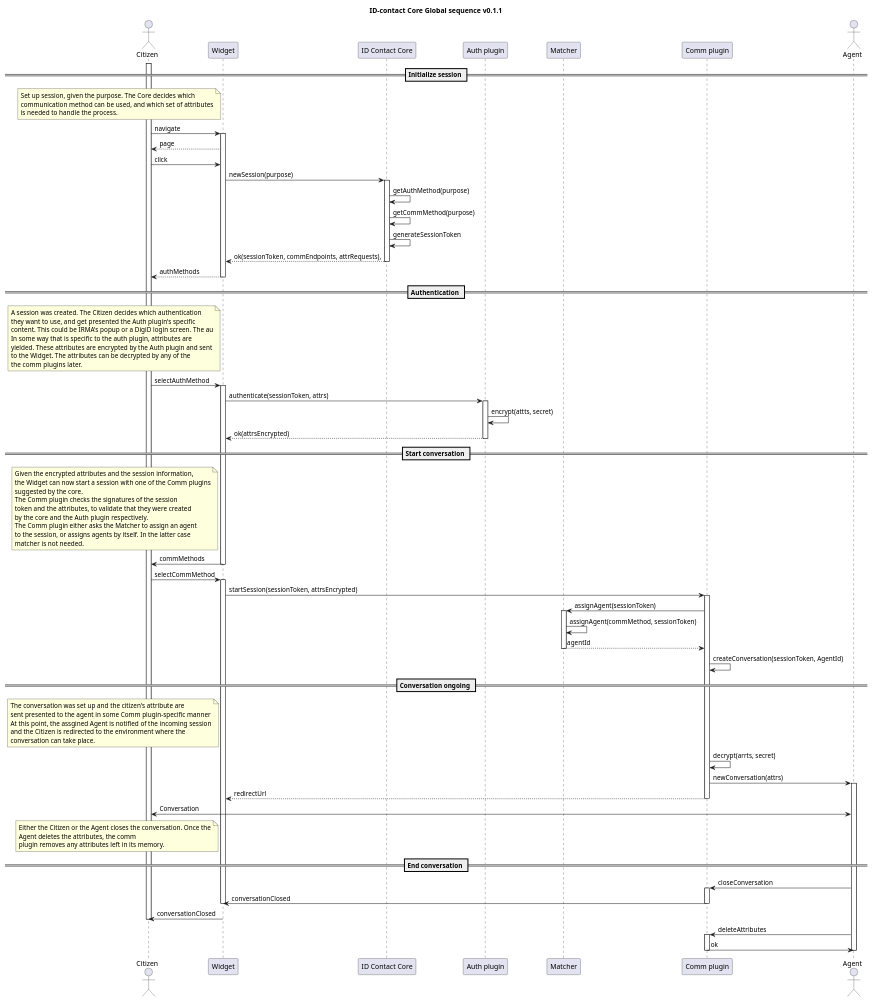
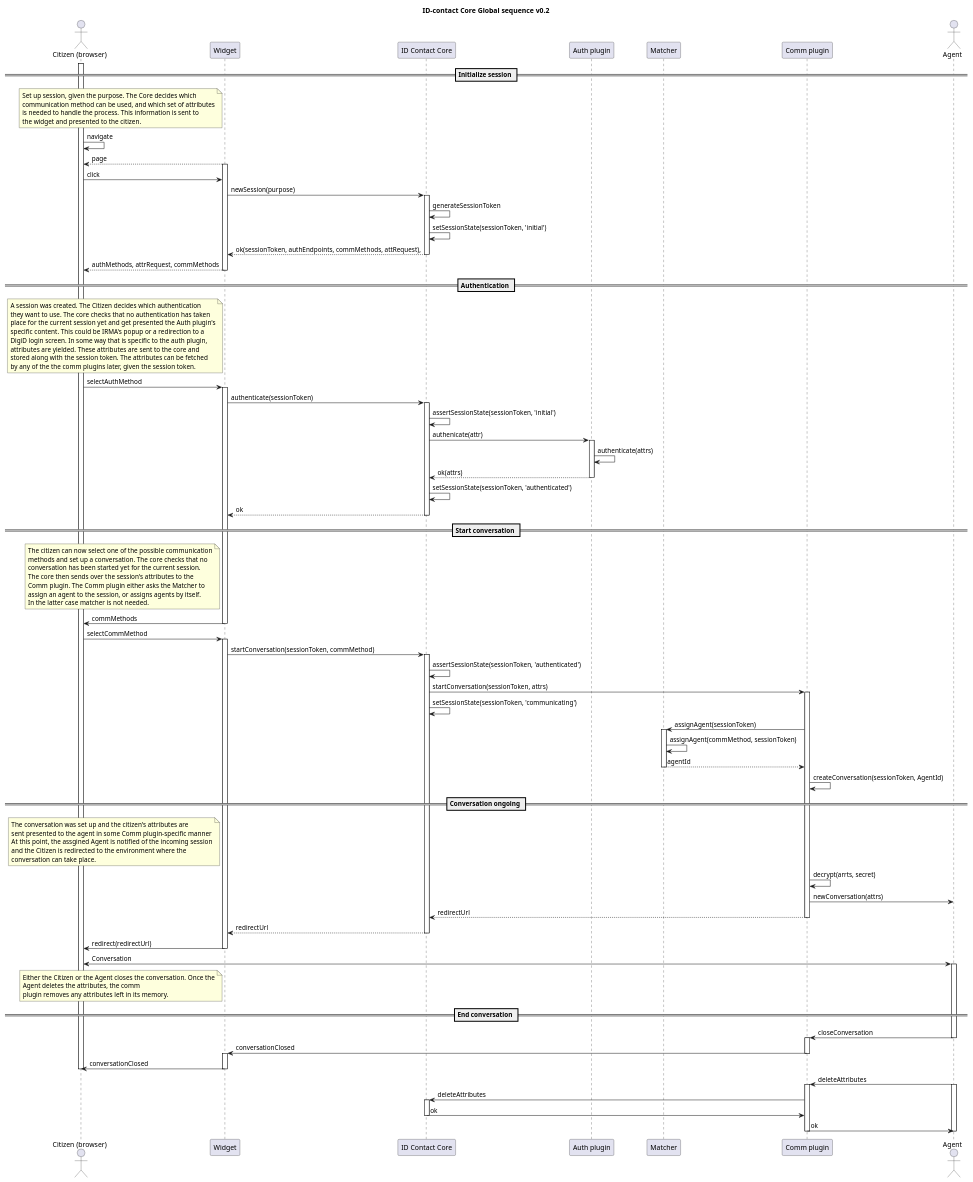
One commit to id-contact/docs changed the diagram in docs/diagrams/global-sequence.puml. Above: the diagram before and after it, drawn with PlantUML. The commit also changed 1 other file, not shown here.

Commit message:
Update global sequence and deployment diagrams to have all communication flow through the core and have it check the session state before opening authentication flows or conversations, so replay attacks can be avoided

```diff
--- a/docs/diagrams/global-sequence.puml
+++ b/docs/diagrams/global-sequence.puml
@@ -2,114 +2,135 @@
 @startuml
-title ID-contact Core Global sequence v0.1.1
+title ID-contact Core Global sequence v0.2
 
-actor Citizen as citizen
+actor "Citizen (browser)" as citizen
 participant "Widget" as widget
 participant "ID Contact Core" as core
 participant "Auth plugin" as auth_plugin
 participant "Matcher" as matcher
 participant "Comm plugin" as comm_plugin
 actor Agent as agent
 
 == Initialize session ==
 note left of widget
 Set up session, given the purpose. The Core decides which 
 communication method can be used, and which set of attributes
-is needed to handle the process.
+is needed to handle the process. This information is sent to
+the widget and presented to the citizen.
 end note
+
 activate citizen
-citizen->widget: navigate
+citizen->citizen: navigate
+widget-->citizen: page
 activate widget
-widget-->citizen: page
 citizen->widget: click
 widget->core: newSession(purpose)
 activate core
-core->core: getAuthMethod(purpose)
-core->core: getCommMethod(purpose)
 core->core: generateSessionToken
-core-->widget: ok(sessionToken, commEndpoints, attrRequests),
+core->core: setSessionState(sessionToken, 'initial')
+core-->widget: ok(sessionToken, authEndpoints, commMethods, attRequest),
 deactivate core
-widget-->citizen: authMethods
+widget-->citizen: authMethods, attrRequest, commMethods
 deactivate widget
 == Authentication ==
 
 note left of widget
 A session was created. The Citizen decides which authentication
-they want to use, and get presented the Auth plugin's specific
-content. This could be IRMA's popup or a DigiD login screen. The au
-In some way that is specific to the auth plugin, attributes are
-yielded. These attributes are encrypted by the Auth plugin and sent
-to the Widget. The attributes can be decrypted by any of the
-the comm plugins later.
+they want to use. The core checks that no authentication has taken
+place for the current session yet and get presented the Auth plugin's
+specific content. This could be IRMA's popup or a redirection to a 
+DigiD login screen. In some way that is specific to the auth plugin,
+attributes are yielded. These attributes are sent to the core and
+stored along with the session token. The attributes can be fetched 
+by any of the the comm plugins later, given the session token.
 end note
 citizen->widget: selectAuthMethod
 activate widget
-widget->auth_plugin: authenticate(sessionToken, attrs)
+widget->core: authenticate(sessionToken)
+activate core
+core->core: assertSessionState(sessionToken, 'initial')
+core->auth_plugin: authenicate(attr)
 activate auth_plugin
-auth_plugin->auth_plugin: encrypt(attts, secret)
-auth_plugin-->widget: ok(attrsEncrypted)
+auth_plugin->auth_plugin: authenticate(attrs)
+auth_plugin-->core: ok(attrs)
 deactivate auth_plugin
+core->core: setSessionState(sessionToken, 'authenticated')
+core-->widget: ok
+deactivate core
 
 == Start conversation ==
 note left of widget
-Given the encrypted attributes and the session information,
-the Widget can now start a session with one of the Comm plugins
-suggested by the core.
-The Comm plugin checks the signatures of the session
-token and the attributes, to validate that they were created
-by the core and the Auth plugin respectively.
-The Comm plugin either asks the Matcher to assign an agent
-to the session, or assigns agents by itself. In the latter case
-matcher is not needed.
+The citizen can now select one of the possible communication
+methods and set up a conversation. The core checks that no
+conversation has been started yet for the current session.
+The core then sends over the session's attributes to the 
+Comm plugin. The Comm plugin either asks the Matcher to 
+assign an agent to the session, or assigns agents by itself. 
+In the latter case matcher is not needed.
 end note
 
 widget->citizen: commMethods
 deactivate widget
 citizen->widget: selectCommMethod
 activate widget
-widget->comm_plugin:startSession(sessionToken, attrsEncrypted)
+widget->core: startConversation(sessionToken, commMethod)
+activate core
+core->core: assertSessionState(sessionToken, 'authenticated')
+core->comm_plugin:startConversation(sessionToken, attrs)
 activate comm_plugin
+core->core: setSessionState(sessionToken, 'communicating')
 comm_plugin->matcher: assignAgent(sessionToken)
 activate matcher
 matcher->matcher: assignAgent(commMethod, sessionToken)
 
 matcher-->comm_plugin: agentId
 deactivate matcher
 comm_plugin->comm_plugin:createConversation(sessionToken, AgentId)
 
 == Conversation ongoing ==
 note left of widget
-The conversation was set up and the citizen's attribute are
+The conversation was set up and the citizen's attributes are
 sent presented to the agent in some Comm plugin-specific manner
 At this point, the assgined Agent is notified of the incoming session
 and the Citizen is redirected to the environment where the
 conversation can take place.
 end note
 
 comm_plugin->comm_plugin: decrypt(arrts, secret)
 comm_plugin->agent: newConversation(attrs)
+comm_plugin-->core: redirectUrl
+deactivate comm_plugin
+core-->widget:redirectUrl
+deactivate core
+widget->citizen: redirect(redirectUrl)
+deactivate widget
+citizen<->agent: Conversation
 activate agent
-comm_plugin-->widget:redirectUrl
-deactivate comm_plugin
-citizen<->agent: Conversation
 
 note left of widget
 Either the Citizen or the Agent closes the conversation. Once the
 Agent deletes the attributes, the comm
 plugin removes any attributes left in its memory.
 end note
 == End conversation ==
 agent->comm_plugin: closeConversation
+deactivate agent
 activate comm_plugin
 comm_plugin->widget: conversationClosed
 deactivate comm_plugin
+activate widget
+widget->citizen: conversationClosed
 deactivate widget
-widget->citizen: conversationClosed
 deactivate citizen
 agent->comm_plugin: deleteAttributes
+activate agent
 activate comm_plugin
+comm_plugin->core: deleteAttributes
+activate core
+core->comm_plugin: ok
+deactivate core
 comm_plugin->agent: ok
 deactivate comm_plugin
 deactivate agent
 
 
 @enduml
```
